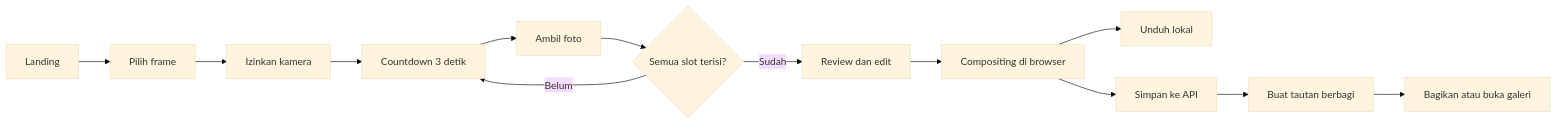
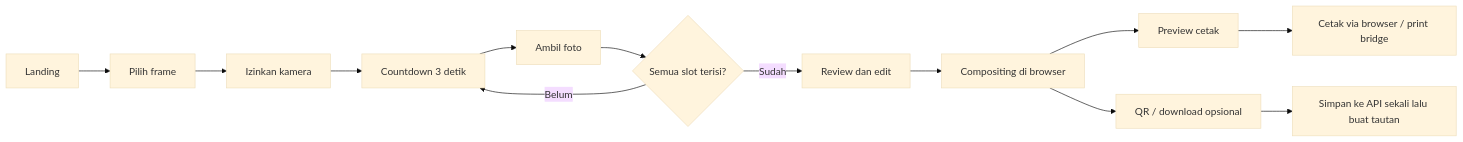
Before and after one commit to tegokkk/PHOTOBOOTH1: the first of 3 diagrams in README.md, drawn with Mermaid (base theme). The commit also changed other lines of this file and 29 other files, not shown here.

Commit message:
feat: prepare photobooth kiosk print flow

````diff
--- a/README.md
+++ b/README.md
@@ -42,15 +42,15 @@
 ```mermaid
 flowchart LR
     A[Landing] --> B[Pilih frame]
     B --> C[Izinkan kamera]
     C --> D[Countdown 3 detik]
     D --> E[Ambil foto]
     E --> F{Semua slot terisi?}
     F -- Belum --> D
     F -- Sudah --> G[Review dan edit]
     G --> H[Compositing di browser]
-    H --> I[Unduh lokal]
-    H --> J[Simpan ke API]
-    J --> K[Buat tautan berbagi]
-    K --> L[Bagikan atau buka galeri]
+    H --> I[Preview cetak]
+    I --> J[Cetak via browser / print bridge]
+    H --> K[QR / download opsional]
+    K --> L[Simpan ke API sekali lalu buat tautan]
 ```
````
